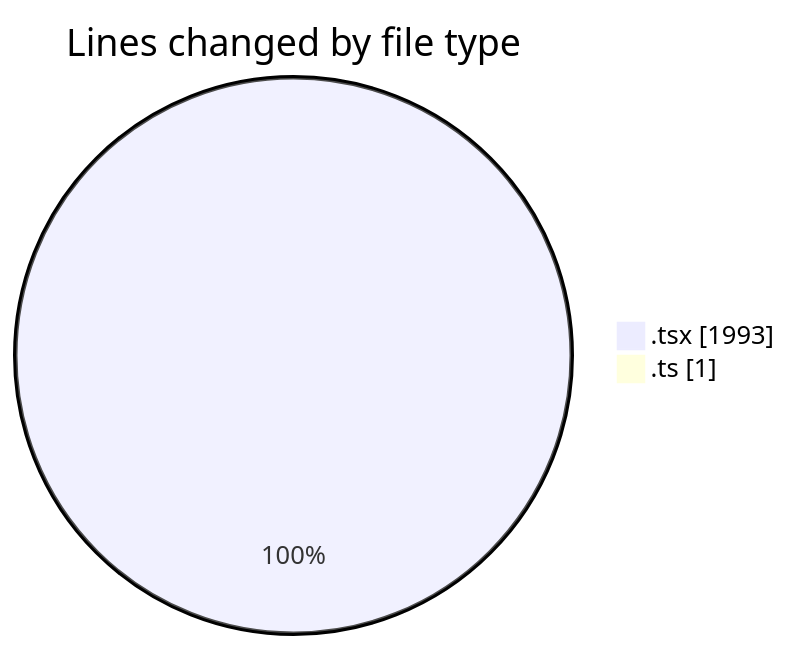
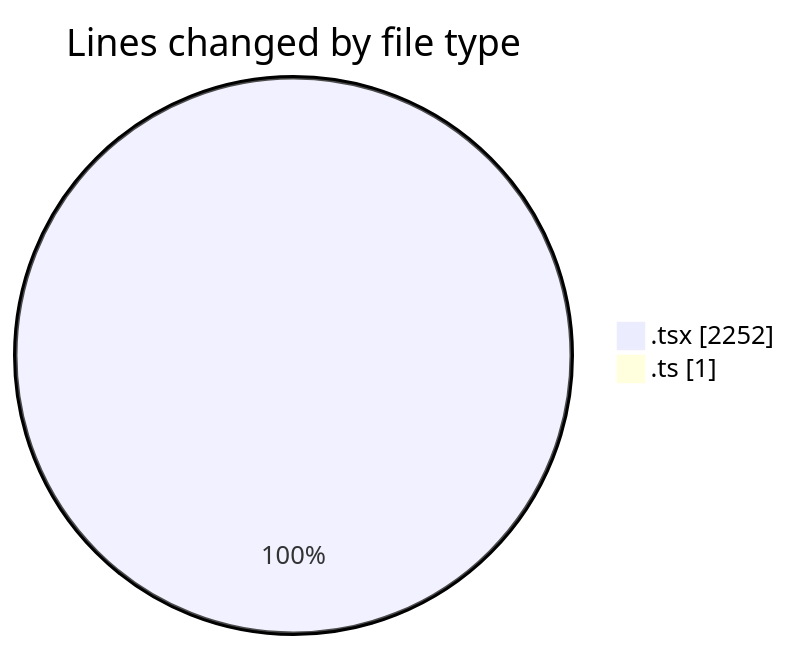
One commit to robertbonfada/code-tracking changed the first of 2 diagrams in 2025-03-08/mbc-web/README.md. Above: the diagram before and after it, drawn with Mermaid. The commit also changed other lines of this file and 1 other file, not shown here.

````diff
--- a/2025-03-08/mbc-web/README.md
+++ b/2025-03-08/mbc-web/README.md
@@ -30,6 +31,6 @@
 ```mermaid
 pie showData
 title Lines changed by file type
-".tsx" : 1993
+".tsx" : 2252
 ".ts" : 1
 ```
````
